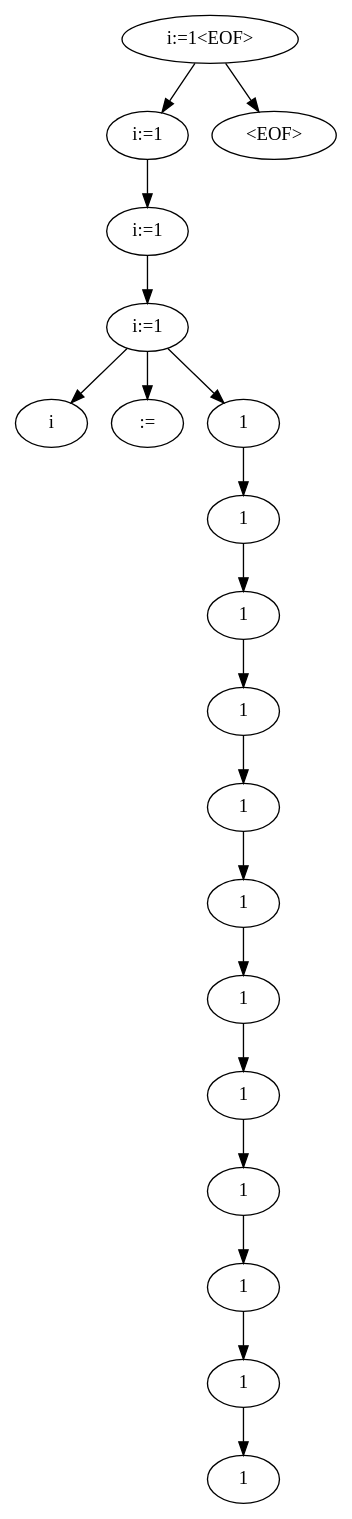
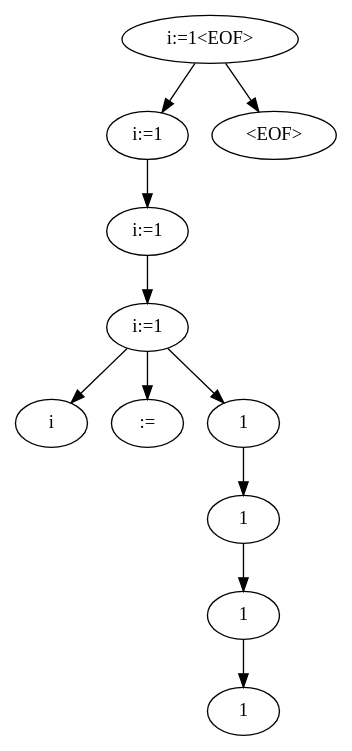
The diagram in ANTLR/output.dot (Mcklmo/Simplified-GPL-Syntax-Compiler-P4-Project-AAU-), drawn with Graphviz before and after one commit. The commit also changed 16 other files, not shown here.

```diff
--- a/ANTLR/output.dot
+++ b/ANTLR/output.dot
@@ -1,39 +1,23 @@
 digraph G {
 n0 [label="i:=1<EOF>"];
 n1 [label="i:=1"];
 n0 -> n1;
 n2 [label="i:=1"];
 n1 -> n2;
 n3 [label="i:=1"];
 n2 -> n3;
 n4 [label="i"];
 n3 -> n4;
 n5 [label=":="];
 n3 -> n5;
 n6 [label="1"];
 n3 -> n6;
 n7 [label="1"];
 n6 -> n7;
 n8 [label="1"];
 n7 -> n8;
 n9 [label="1"];
 n8 -> n9;
-n10 [label="1"];
-n9 -> n10;
-n11 [label="1"];
-n10 -> n11;
-n12 [label="1"];
-n11 -> n12;
-n13 [label="1"];
-n12 -> n13;
-n14 [label="1"];
-n13 -> n14;
-n15 [label="1"];
-n14 -> n15;
-n16 [label="1"];
-n15 -> n16;
-n17 [label="1"];
-n16 -> n17;
-n18 [label="<EOF>"];
-n0 -> n18;
+n10 [label="<EOF>"];
+n0 -> n10;
 }
```
